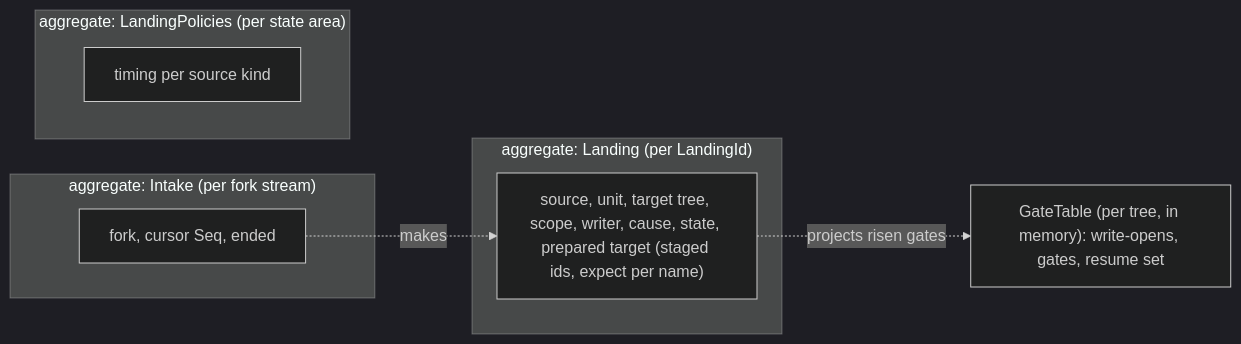
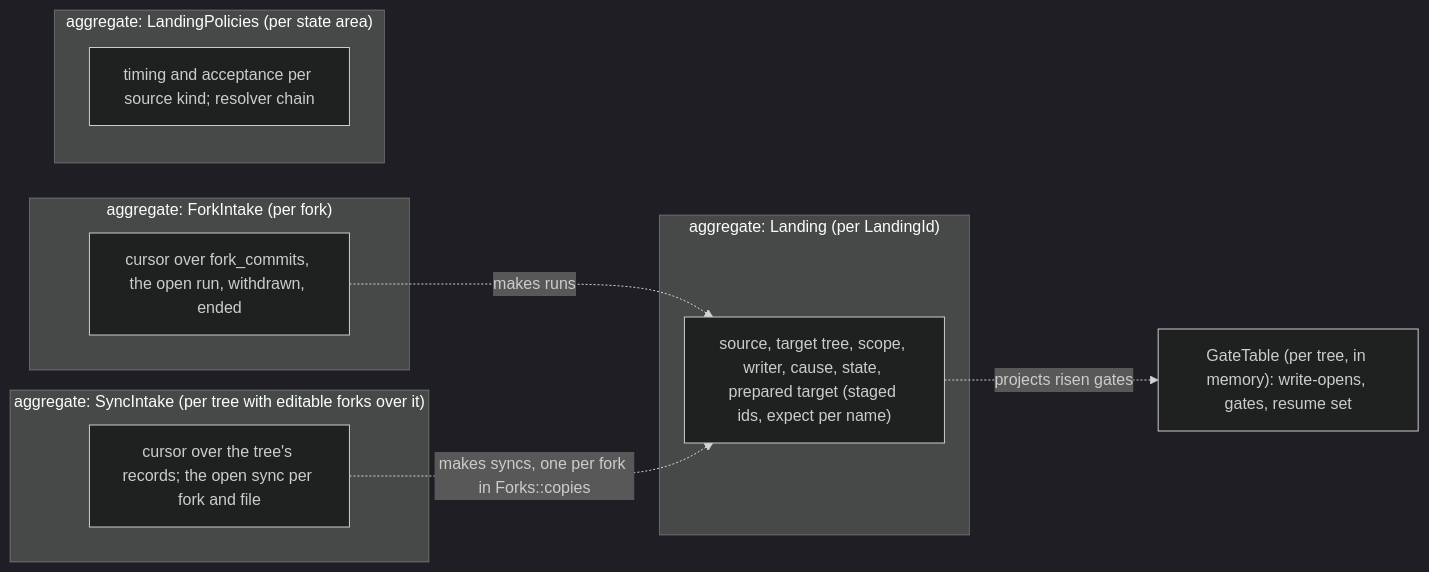
The first of 3 diagrams in docs/target-architecture/domains/landing.md (mcurcio/agentfs), drawn with Mermaid (dark theme) before and after one commit. The commit also changed other lines of this file and 12 other files, not shown here.

````diff
--- a/docs/target-architecture/domains/landing.md
+++ b/docs/target-architecture/domains/landing.md
@@ -41,15 +46,19 @@
 ```mermaid
 flowchart LR
   subgraph A1["aggregate: Landing (per LandingId)"]
-    L["source, unit, target tree, scope, writer, cause, state, prepared target (staged ids, expect per name)"]
+    L["source, target tree, scope, writer, cause, state, prepared target (staged ids, expect per name)"]
   end
-  subgraph A2["aggregate: Intake (per fork stream)"]
-    I["fork, cursor Seq, ended"]
+  subgraph A2["aggregate: ForkIntake (per fork)"]
+    I["cursor over fork_commits, the open run, withdrawn, ended"]
   end
-  subgraph A3["aggregate: LandingPolicies (per state area)"]
-    PO["timing per source kind"]
+  subgraph A3["aggregate: SyncIntake (per tree with editable forks over it)"]
+    S["cursor over the tree's records; the open sync per fork and file"]
+  end
+  subgraph A4["aggregate: LandingPolicies (per state area)"]
+    PO["timing and acceptance per source kind; resolver chain"]
   end
   GT["GateTable (per tree, in memory): write-opens, gates, resume set"]
-  I -. "makes" .-> L
+  I -. "makes runs" .-> L
+  S -. "makes syncs, one per fork in Forks::copies" .-> L
   L -. "projects risen gates" .-> GT
 ```
````
